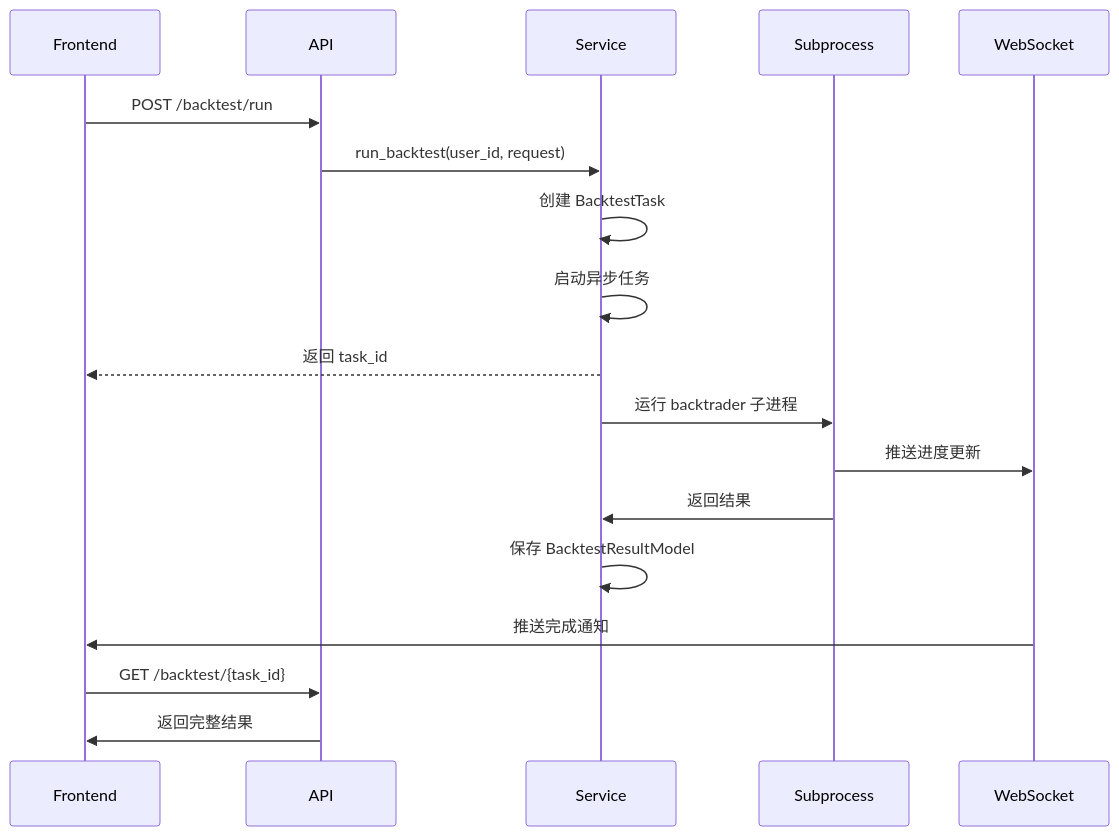
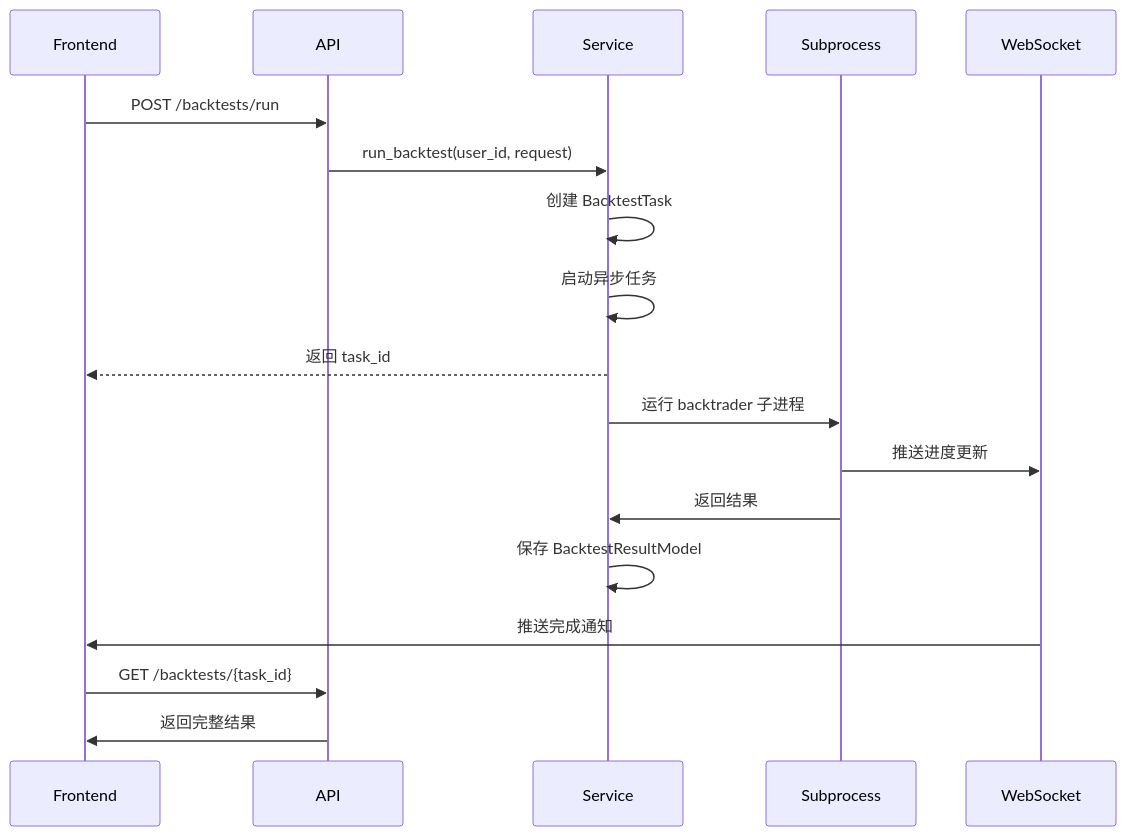
Before and after one commit to cloudQuant/backtrader_web: the diagram in project-context.md, drawn with Mermaid. The commit also changed other lines of this file and 295 other files, not shown here.

````diff
--- a/project-context.md
+++ b/project-context.md
@@ -322,21 +329,21 @@
 ```mermaid
 sequenceDiagram
     participant Frontend
     participant API
     participant Service
     participant Subprocess
     participant WebSocket
 
-    Frontend->>API: POST /backtest/run
+    Frontend->>API: POST /backtests/run
     API->>Service: run_backtest(user_id, request)
     Service->>Service: 创建 BacktestTask
     Service->>Service: 启动异步任务
     Service-->>Frontend: 返回 task_id
     Service->>Subprocess: 运行 backtrader 子进程
     Subprocess->>WebSocket: 推送进度更新
     Subprocess->>Service: 返回结果
     Service->>Service: 保存 BacktestResultModel
     WebSocket->>Frontend: 推送完成通知
-    Frontend->>API: GET /backtest/{task_id}
+    Frontend->>API: GET /backtests/{task_id}
     API->>Frontend: 返回完整结果
 ```
````
